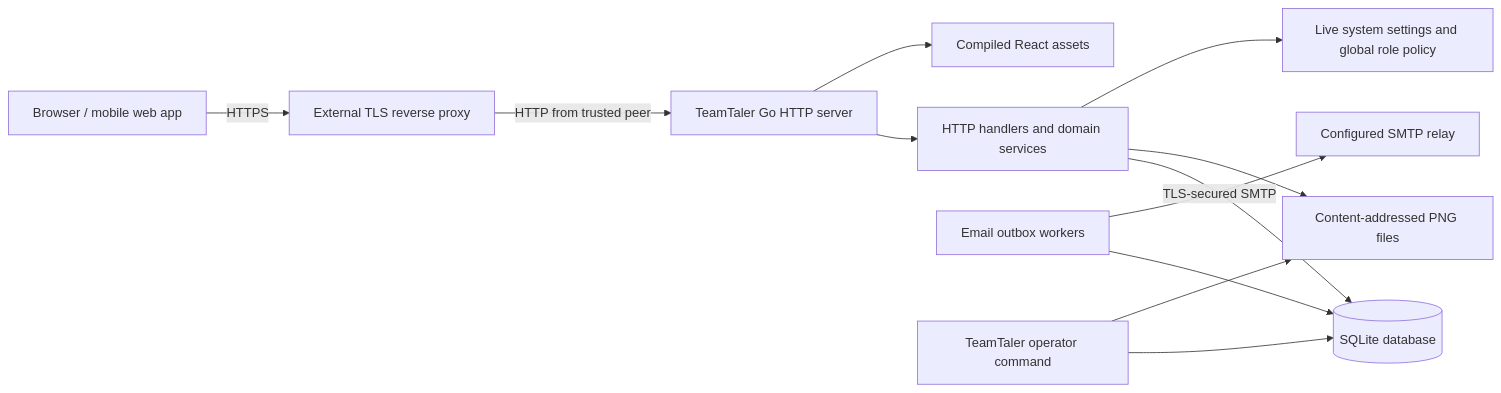
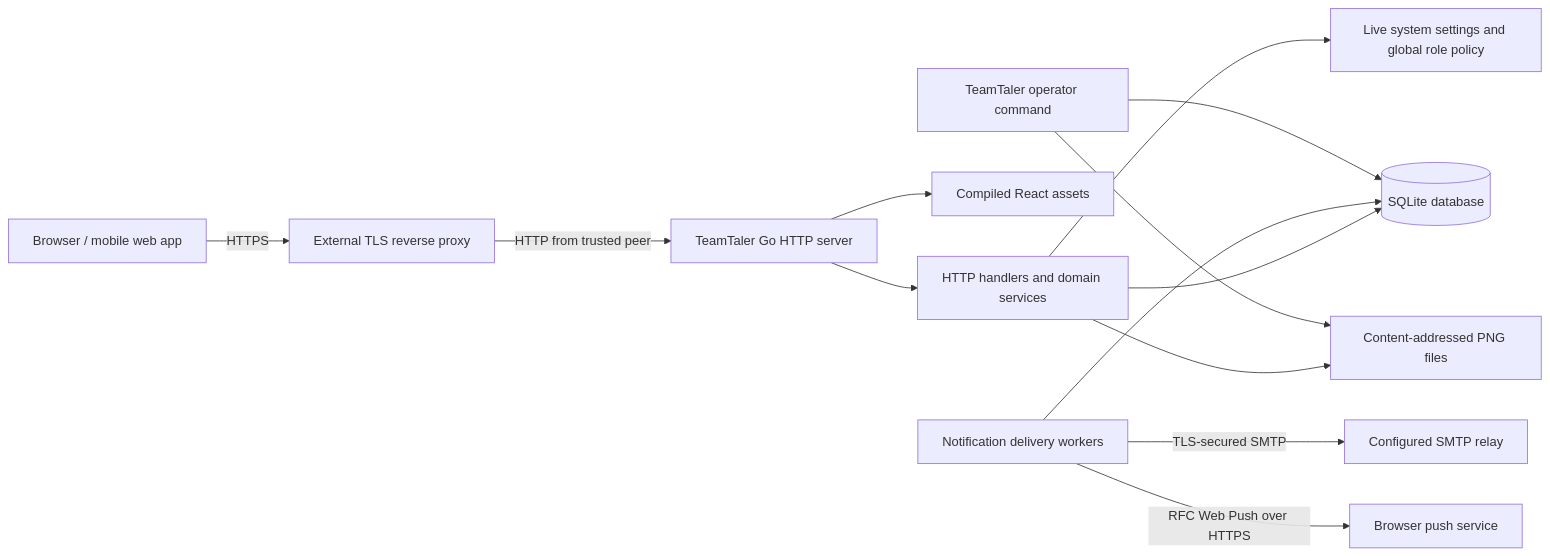
The first of 2 diagrams in ARCHITECTURE.md (DasLukas/TeamTaler), drawn with Mermaid before and after one commit. The commit also changed other lines of this file and 90 other files, not shown here.

Commit message:
Add extensible web push notification system

````diff
--- a/ARCHITECTURE.md
+++ b/ARCHITECTURE.md
@@ -9,14 +9,15 @@
 ```mermaid
 flowchart LR
     Browser["Browser / mobile web app"] -->|HTTPS| Proxy["External TLS reverse proxy"]
     Proxy -->|HTTP from trusted peer| HTTP["TeamTaler Go HTTP server"]
     HTTP --> API["HTTP handlers and domain services"]
     HTTP --> SPA["Compiled React assets"]
     API --> DB[("SQLite database")]
     API --> Images["Content-addressed PNG files"]
     API --> System["Live system settings and global role policy"]
-    Worker["Email outbox workers"] --> DB
+    Worker["Notification delivery workers"] --> DB
     Worker -->|"TLS-secured SMTP"| SMTP["Configured SMTP relay"]
+    Worker -->|"RFC Web Push over HTTPS"| Push["Browser push service"]
     CLI["TeamTaler operator command"] --> DB
     CLI --> Images
 ```
````
